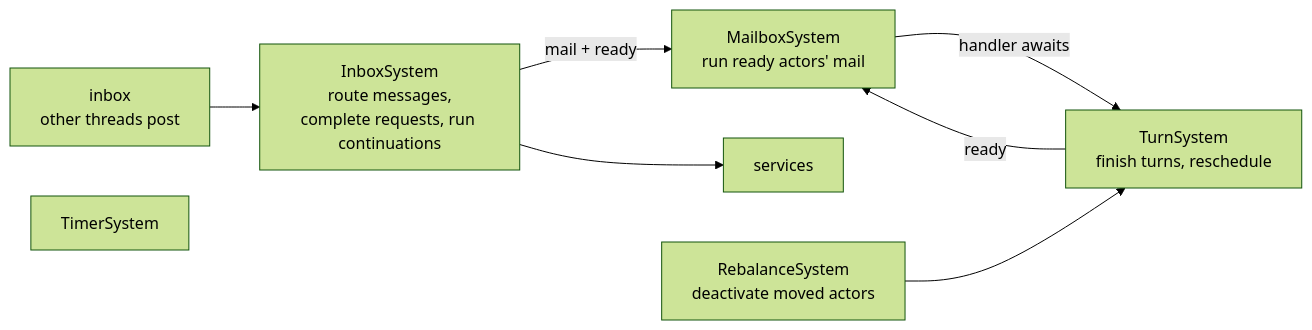
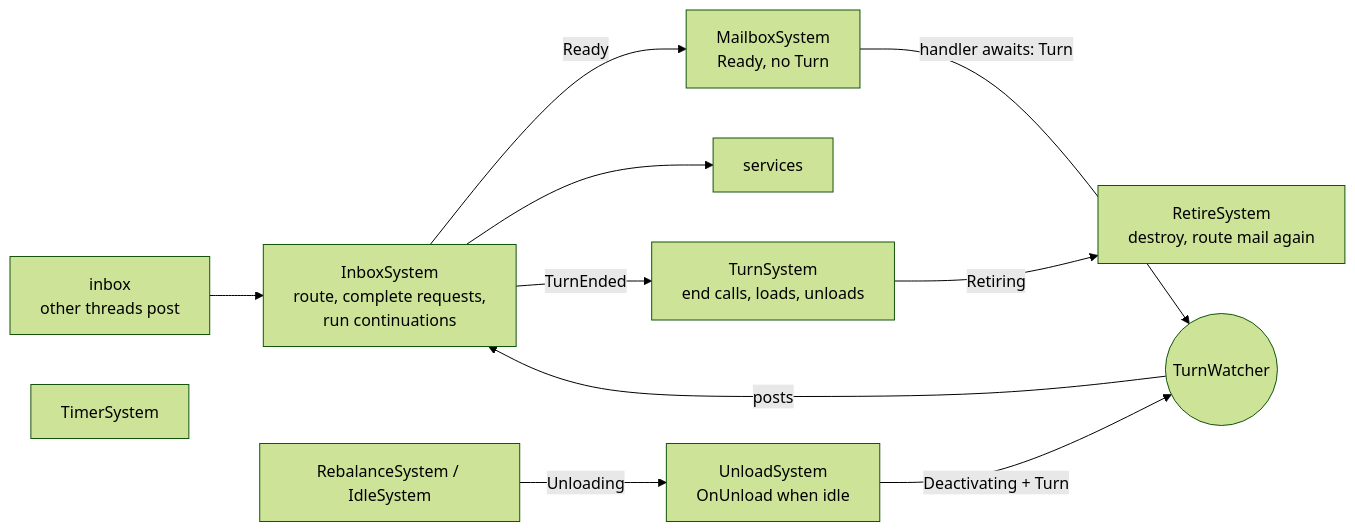
The fourth of 4 diagrams in doc/design.md (JasonXuDeveloper/DaServer), drawn with Mermaid (forest theme) before and after one commit. The commit also changed other lines of this file and 3 other files, not shown here.

````diff
--- a/doc/design.md
+++ b/doc/design.md
@@ -257,10 +260,13 @@
 ```mermaid
 flowchart LR
-    IN[inbox<br/>other threads post] --> I[InboxSystem<br/>route messages,<br/>complete requests, run continuations]
-    I -->|mail + ready| M[MailboxSystem<br/>run ready actors' mail]
+    IN[inbox<br/>other threads post] --> I[InboxSystem<br/>route, complete requests,<br/>run continuations]
+    I -->|Ready| M[MailboxSystem<br/>Ready, no Turn]
     I --> S[services]
-    M -->|handler awaits| T[TurnSystem<br/>finish turns, reschedule]
-    T -->|ready| M
-    R[RebalanceSystem<br/>deactivate moved actors] --> T
+    M -->|handler awaits: Turn| W((TurnWatcher))
+    W -->|posts| I
+    I -->|TurnEnded| T[TurnSystem<br/>end calls, loads, unloads]
+    T -->|Retiring| RT[RetireSystem<br/>destroy, route mail again]
+    R[RebalanceSystem / IdleSystem] -->|Unloading| U[UnloadSystem<br/>OnUnload when idle]
+    U -->|Deactivating + Turn| W
     TM[TimerSystem]
 ```
````
